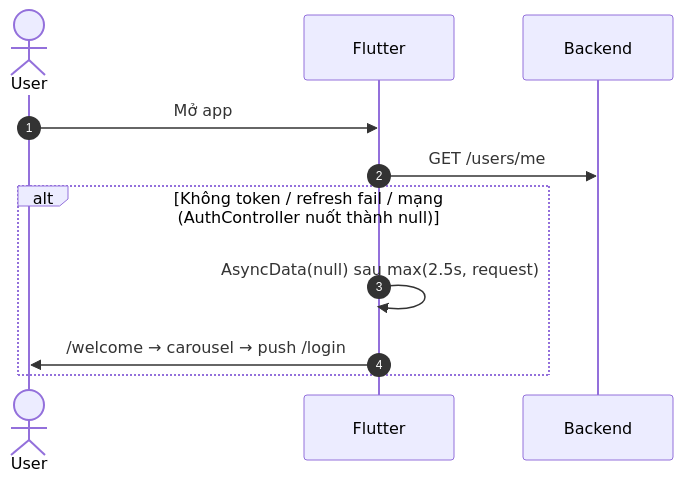
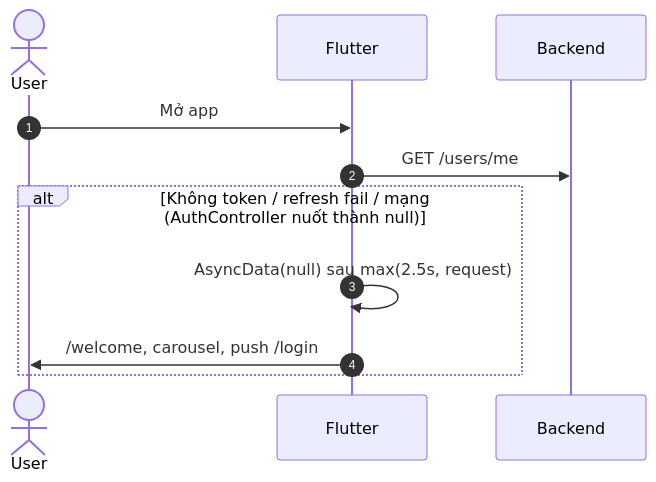
Before and after one commit to FintechVSF-Tranning/PaySplit-RP: the second of 6 diagrams in flow/07-app-startup-network.md, drawn with Mermaid. The commit also changed other lines of this file and 7 other files, not shown here.

First line of the commit message:
Refactor notification flow and admin management documentation

````diff
--- a/flow/07-app-startup-network.md
+++ b/flow/07-app-startup-network.md
@@ -134,14 +145,14 @@
 ```mermaid
 sequenceDiagram
     autonumber
     actor U as User
     participant FE as Flutter
     participant BE as Backend
 
     U->>FE: Mở app
     FE->>BE: GET /users/me
     alt Không token / refresh fail / mạng (AuthController nuốt thành null)
         FE->>FE: AsyncData(null) sau max(2.5s, request)
-        FE->>U: /welcome → carousel → push /login
+        FE->>U: /welcome, carousel, push /login
     end
 ```
````
